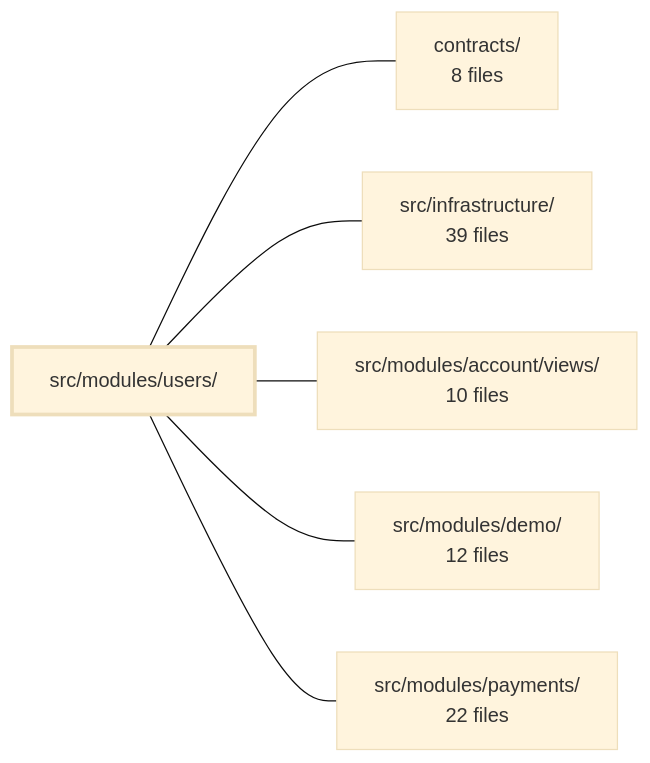
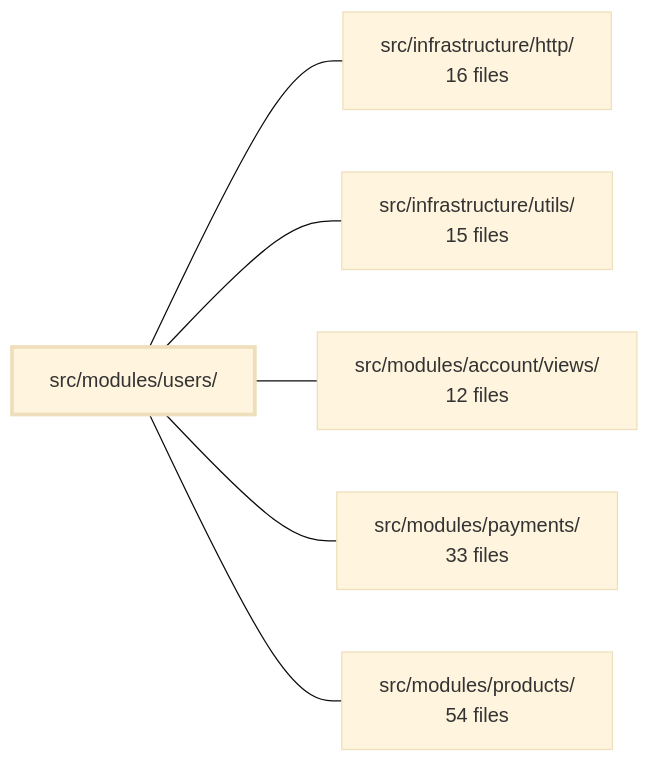
Before and after one commit to Guebbit/boilerplate-vue-frontend: the diagram in .2brain/modules/boilerplate-vue-frontend_src_modules_users.md, drawn with Mermaid (base theme). The commit also changed other lines of this file and 960 other files, not shown here.

````diff
--- a/.2brain/modules/boilerplate-vue-frontend_src_modules_users.md
+++ b/.2brain/modules/boilerplate-vue-frontend_src_modules_users.md
@@ -40,15 +38,15 @@
 ```mermaid
 flowchart LR
     m_src_modules_users["src/modules/users/"]
-    m_contracts["contracts/<br/>8 files"]
-    m_src_infrastructure["src/infrastructure/<br/>39 files"]
-    m_src_modules_account_views["src/modules/account/views/<br/>10 files"]
-    m_src_modules_demo["src/modules/demo/<br/>12 files"]
-    m_src_modules_payments["src/modules/payments/<br/>22 files"]
-    m_src_modules_users --- m_contracts
-    m_src_modules_users --- m_src_infrastructure
+    m_src_infrastructure_http["src/infrastructure/http/<br/>16 files"]
+    m_src_infrastructure_utils["src/infrastructure/utils/<br/>15 files"]
+    m_src_modules_account_views["src/modules/account/views/<br/>12 files"]
+    m_src_modules_payments["src/modules/payments/<br/>33 files"]
+    m_src_modules_products["src/modules/products/<br/>54 files"]
+    m_src_modules_users --- m_src_infrastructure_http
+    m_src_modules_users --- m_src_infrastructure_utils
     m_src_modules_users --- m_src_modules_account_views
-    m_src_modules_users --- m_src_modules_demo
     m_src_modules_users --- m_src_modules_payments
+    m_src_modules_users --- m_src_modules_products
     style m_src_modules_users stroke-width:3px
 ```
````
